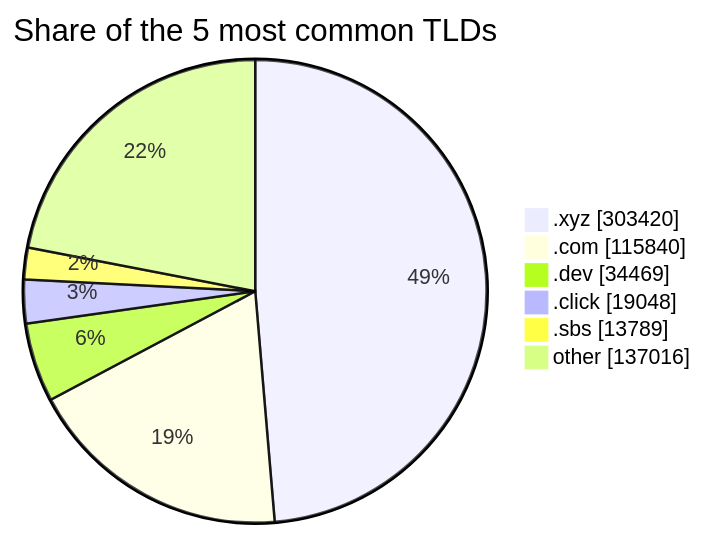
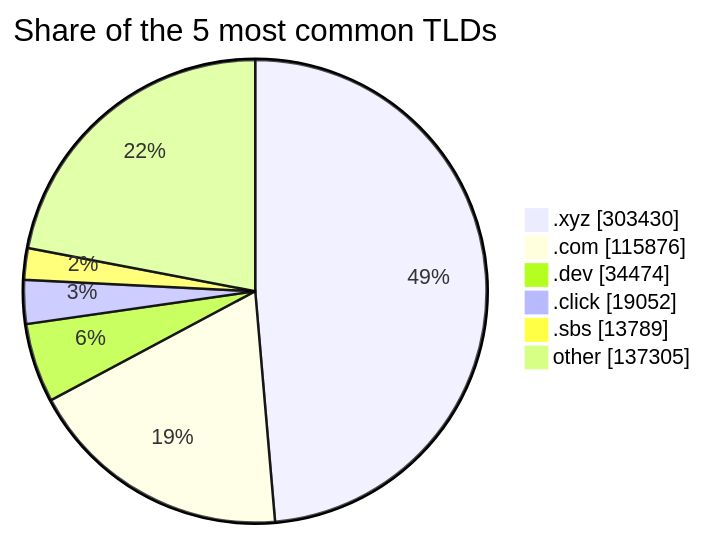
Before and after one commit to DNSBunker/CTI: the third of 3 diagrams in README.md, drawn with Mermaid. The commit also changed other lines of this file and 3 other files, not shown here.

````diff
--- a/README.md
+++ b/README.md
@@ -81,9 +81,9 @@
 ```mermaid
 pie showData title Share of the 5 most common TLDs
-    ".xyz" : 303420
-    ".com" : 115840
-    ".dev" : 34469
-    ".click" : 19048
+    ".xyz" : 303430
+    ".com" : 115876
+    ".dev" : 34474
+    ".click" : 19052
     ".sbs" : 13789
-    "other" : 137016
+    "other" : 137305
 ```
````
